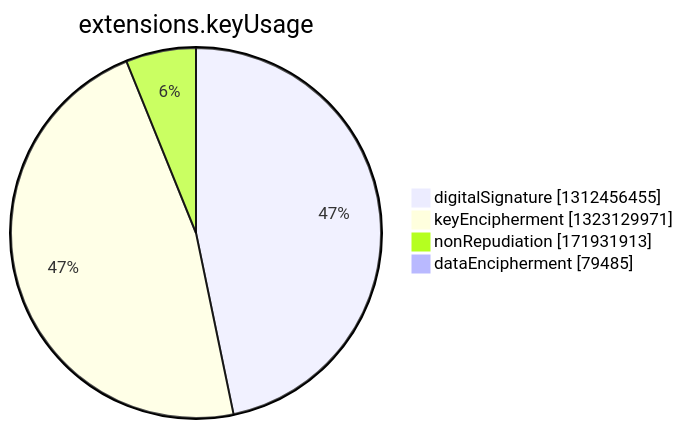
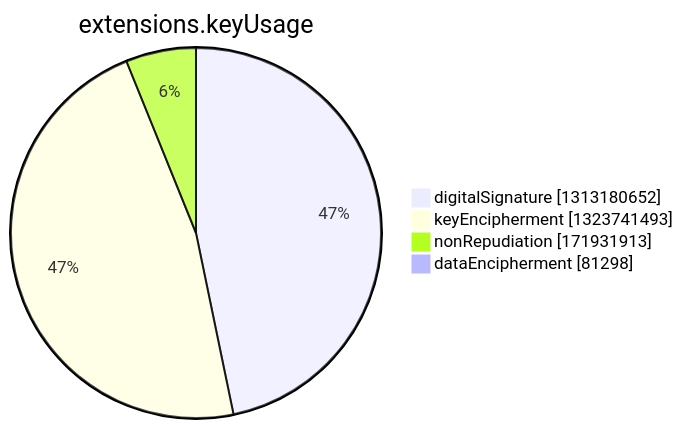
One commit to christiankrug/ctmonitor_visualization changed the seventh of 15 diagrams in argon2022/README.md. Above: the diagram before and after it, drawn with Mermaid. The commit also changed other lines of this file, not shown here.

````diff
--- a/argon2022/README.md
+++ b/argon2022/README.md
@@ -2750,8 +2750,8 @@
 ```mermaid
 pie showData
 title extensions.keyUsage
-"digitalSignature" :1312456455
-"keyEncipherment" :1323129971
+"digitalSignature" :1313180652
+"keyEncipherment" :1323741493
 "nonRepudiation" :171931913
-"dataEncipherment" :79485
+"dataEncipherment" :81298
 ```
````
